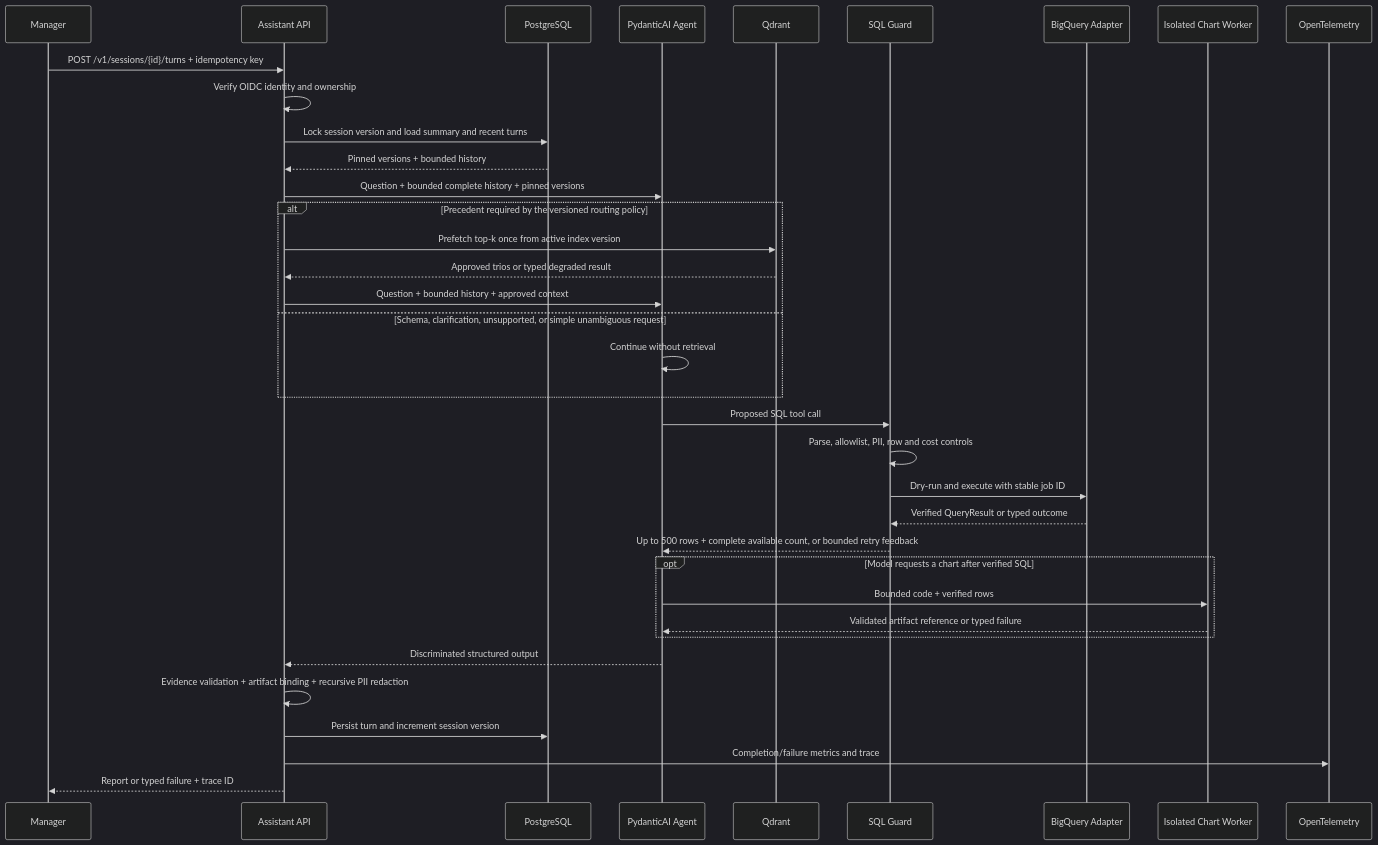
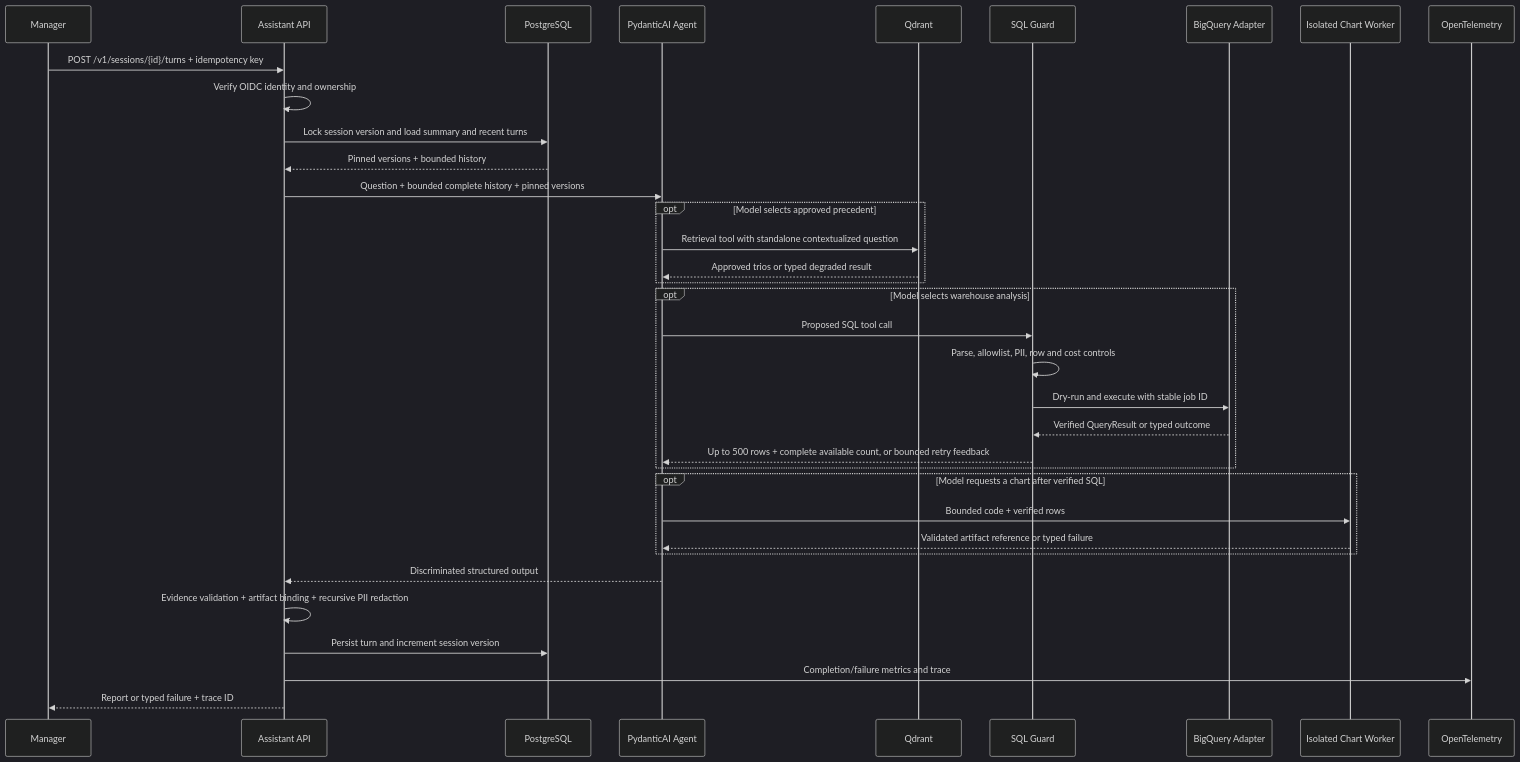
Before and after one commit to eugenenazirov/data-analysis-chat-assistant: the second of 4 diagrams in docs/architecture.md, drawn with Mermaid (dark theme). The commit also changed 19 other files, not shown here.

Commit message:
refactor(agent): align model-led tool orchestration

````diff
--- a/docs/architecture.md
+++ b/docs/architecture.md
@@ -170,39 +170,38 @@
 ```mermaid
 sequenceDiagram
     participant U as Manager
     participant API as Assistant API
     participant DB as PostgreSQL
     participant A as PydanticAI Agent
     participant Q as Qdrant
     participant G as SQL Guard
     participant W as BigQuery Adapter
     participant C as Isolated Chart Worker
     participant O as OpenTelemetry
 
     U->>API: POST /v1/sessions/{id}/turns + idempotency key
     API->>API: Verify OIDC identity and ownership
     API->>DB: Lock session version and load summary and recent turns
     DB-->>API: Pinned versions + bounded history
     API->>A: Question + bounded complete history + pinned versions
-    alt Precedent required by the versioned routing policy
-        API->>Q: Prefetch top-k once from active index version
-        Q-->>API: Approved trios or typed degraded result
-        API->>A: Question + bounded history + approved context
-    else Schema, clarification, unsupported, or simple unambiguous request
-        A->>A: Continue without retrieval
+    opt Model selects approved precedent
+        A->>Q: Retrieval tool with standalone contextualized question
+        Q-->>A: Approved trios or typed degraded result
     end
-    A->>G: Proposed SQL tool call
-    G->>G: Parse, allowlist, PII, row and cost controls
-    G->>W: Dry-run and execute with stable job ID
-    W-->>G: Verified QueryResult or typed outcome
-    G-->>A: Up to 500 rows + complete available count, or bounded retry feedback
+    opt Model selects warehouse analysis
+        A->>G: Proposed SQL tool call
+        G->>G: Parse, allowlist, PII, row and cost controls
+        G->>W: Dry-run and execute with stable job ID
+        W-->>G: Verified QueryResult or typed outcome
+        G-->>A: Up to 500 rows + complete available count, or bounded retry feedback
+    end
     opt Model requests a chart after verified SQL
         A->>C: Bounded code + verified rows
         C-->>A: Validated artifact reference or typed failure
     end
     A-->>API: Discriminated structured output
     API->>API: Evidence validation + artifact binding + recursive PII redaction
     API->>DB: Persist turn and increment session version
     API->>O: Completion/failure metrics and trace
     API-->>U: Report or typed failure + trace ID
 ```
````
